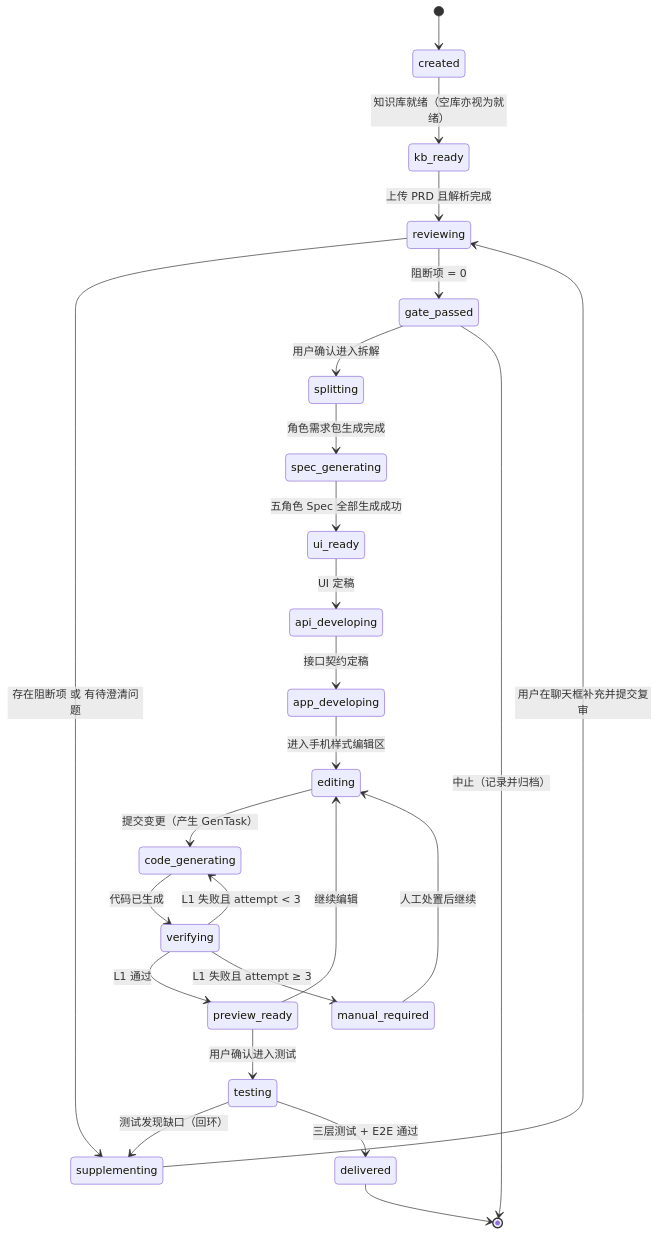
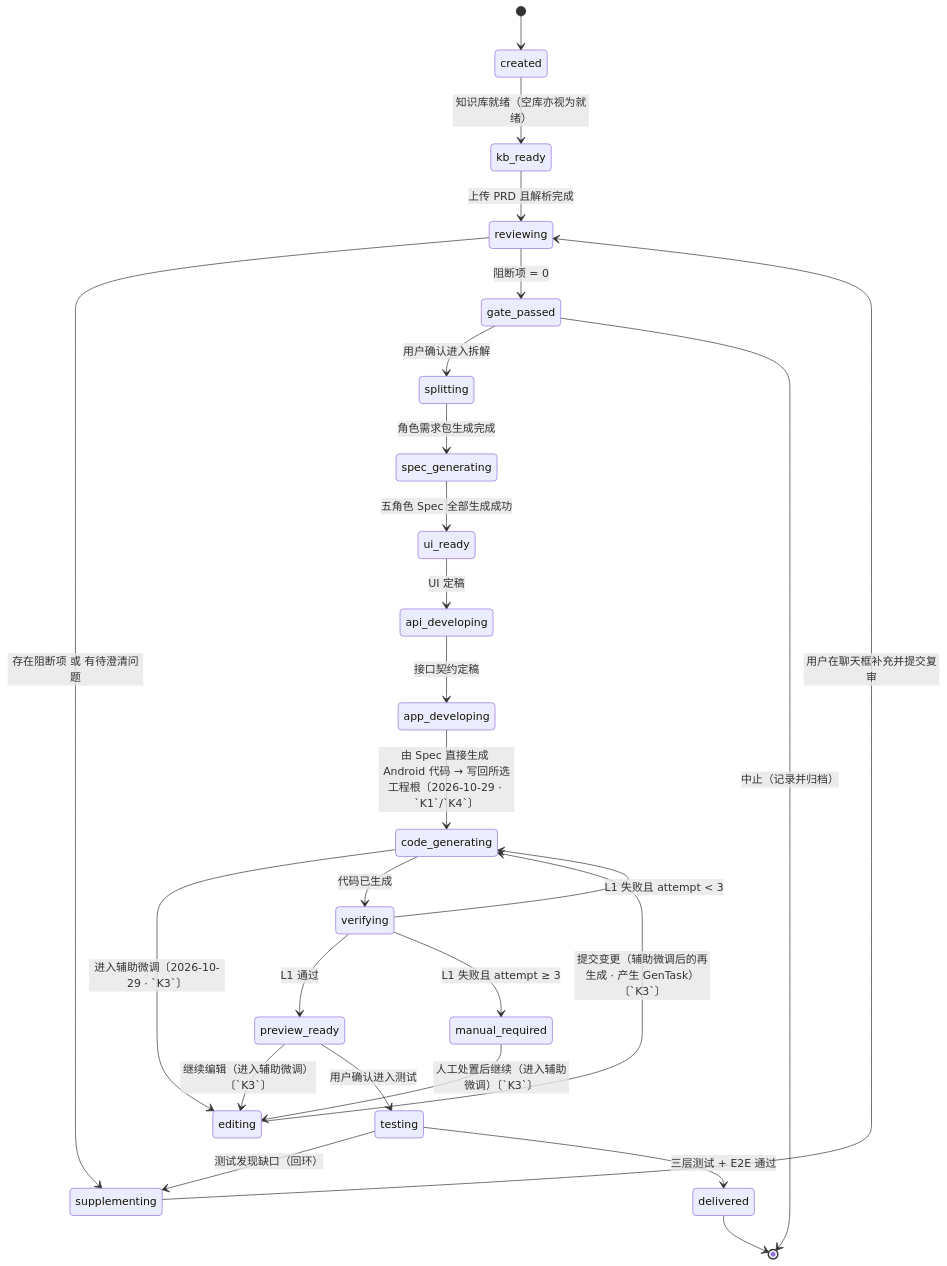
One commit to xiexinli/AutoDevelopment changed the second of 7 diagrams in platform/specs/接口-Spec.md. Above: the diagram before and after it, drawn with Mermaid. The commit also changed other lines of this file and 37 other files, not shown here.

````diff
--- a/platform/specs/接口-Spec.md
+++ b/platform/specs/接口-Spec.md
@@ -1907,27 +2005,28 @@
 ```mermaid
 stateDiagram-v2
     [*] --> created
     created --> kb_ready : 知识库就绪（空库亦视为就绪）
     kb_ready --> reviewing : 上传 PRD 且解析完成
     reviewing --> supplementing : 存在阻断项 或 有待澄清问题
     supplementing --> reviewing : 用户在聊天框补充并提交复审
     reviewing --> gate_passed : 阻断项 = 0
     gate_passed --> splitting : 用户确认进入拆解
     splitting --> spec_generating : 角色需求包生成完成
     spec_generating --> ui_ready : 五角色 Spec 全部生成成功
     ui_ready --> api_developing : UI 定稿
     api_developing --> app_developing : 接口契约定稿
-    app_developing --> editing : 进入手机样式编辑区
-    editing --> code_generating : 提交变更（产生 GenTask）
+    app_developing --> code_generating : 由 Spec 直接生成 Android 代码 → 写回所选工程根〔2026-10-29 · `K1`/`K4`〕
+    code_generating --> editing : 进入辅助微调〔2026-10-29 · `K3`〕
+    editing --> code_generating : 提交变更（辅助微调后的再生成 · 产生 GenTask）〔`K3`〕
     code_generating --> verifying : 代码已生成
     verifying --> preview_ready : L1 通过
     verifying --> code_generating : L1 失败且 attempt < 3
     verifying --> manual_required : L1 失败且 attempt ≥ 3
-    manual_required --> editing : 人工处置后继续
-    preview_ready --> editing : 继续编辑
+    manual_required --> editing : 人工处置后继续（进入辅助微调）〔`K3`〕
+    preview_ready --> editing : 继续编辑（进入辅助微调）〔`K3`〕
     preview_ready --> testing : 用户确认进入测试
     testing --> supplementing : 测试发现缺口（回环）
     testing --> delivered : 三层测试 + E2E 通过
     gate_passed --> [*] : 中止（记录并归档）
     delivered --> [*]
 ```
````
